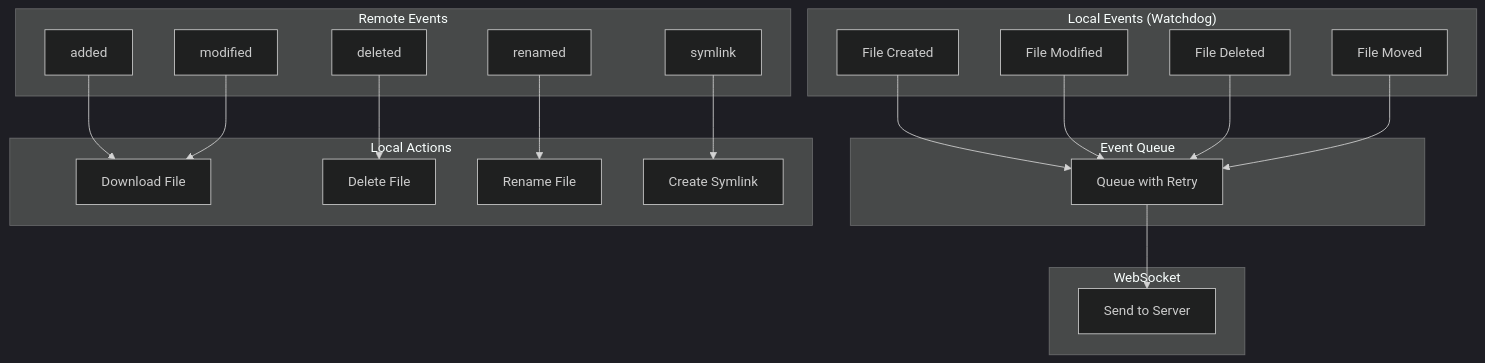
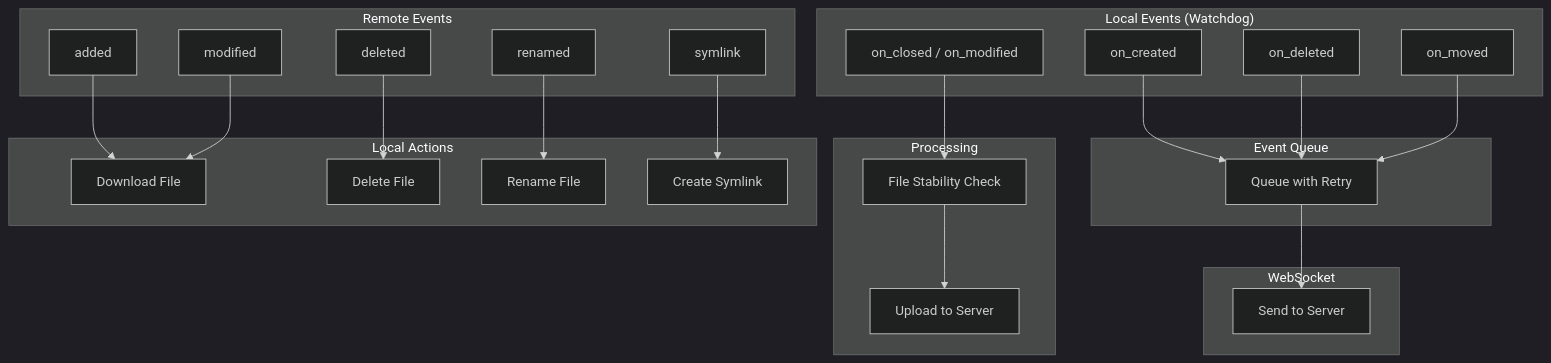
The fifth of 8 diagrams in docs/architecture.md (albertsdk/hsync-client), drawn with Mermaid (dark theme) before and after one commit. The commit also changed other lines of this file and 8 other files, not shown here.

````diff
--- a/docs/architecture.md
+++ b/docs/architecture.md
@@ -156,44 +156,50 @@
 ```mermaid
 flowchart TD
     subgraph "Local Events (Watchdog)"
-        L1[File Created]
-        L2[File Modified]
-        L3[File Deleted]
-        L4[File Moved]
+        L1[on_created]
+        L2[on_closed / on_modified]
+        L3[on_deleted]
+        L4[on_moved]
     end
-    
+
+    subgraph "Processing"
+        STABLE[File Stability Check]
+        UPLOAD[Upload to Server]
+    end
+
     subgraph "Event Queue"
         Q[Queue with Retry]
     end
-    
+
     subgraph "WebSocket"
         WS[Send to Server]
     end
-    
+
     L1 --> Q
-    L2 --> Q
+    L2 --> STABLE
+    STABLE --> UPLOAD
     L3 --> Q
     L4 --> Q
     Q --> WS
-    
+
     subgraph "Remote Events"
         R1[added]
         R2[modified]
         R3[deleted]
         R4[renamed]
         R5[symlink]
     end
-    
+
     subgraph "Local Actions"
         A1[Download File]
         A2[Delete File]
         A3[Rename File]
         A4[Create Symlink]
     end
-    
+
     R1 --> A1
     R2 --> A1
     R3 --> A2
     R4 --> A3
     R5 --> A4
 ```
````
